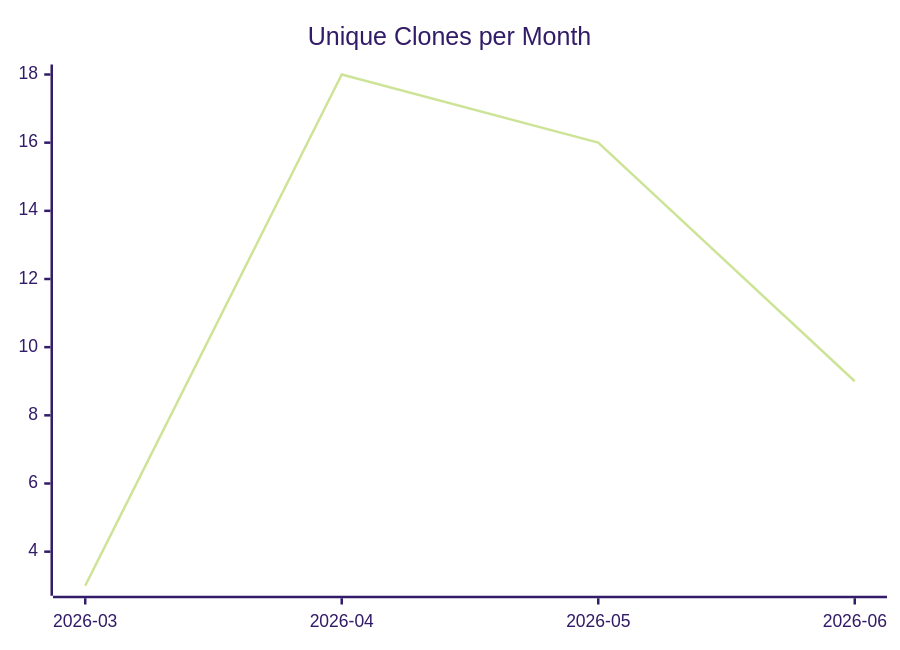
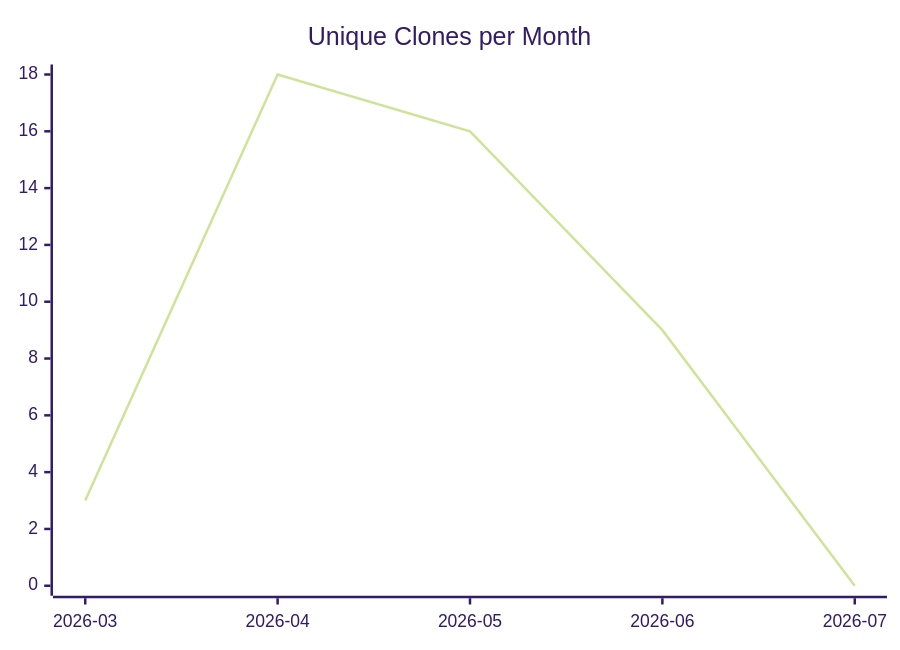
Before and after one commit to justdavis-family/github-analytics-data: the third of 3 diagrams in karlmdavis/jessentials/README.md, drawn with Mermaid (forest theme). The commit also changed other lines of this file and 199 other files, not shown here.

````diff
--- a/karlmdavis/jessentials/README.md
+++ b/karlmdavis/jessentials/README.md
@@ -19,6 +19,6 @@
 ```mermaid
 xychart-beta
   title "Unique Clones per Month"
-  x-axis ["2026-03", "2026-04", "2026-05", "2026-06"]
-  line [3, 18, 16, 9]
+  x-axis ["2026-03", "2026-04", "2026-05", "2026-06", "2026-07"]
+  line [3, 18, 16, 9, 0]
 ```
````
